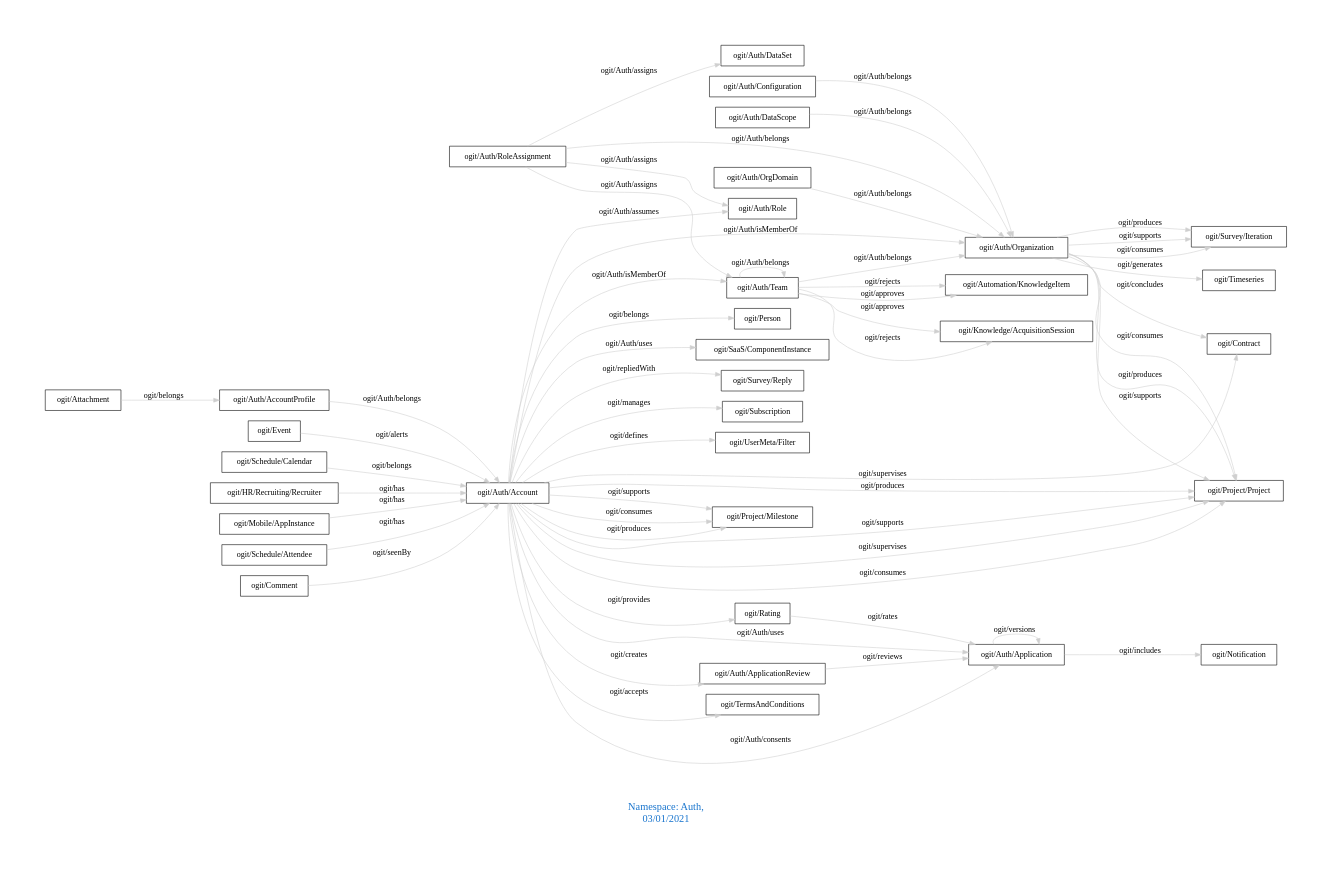
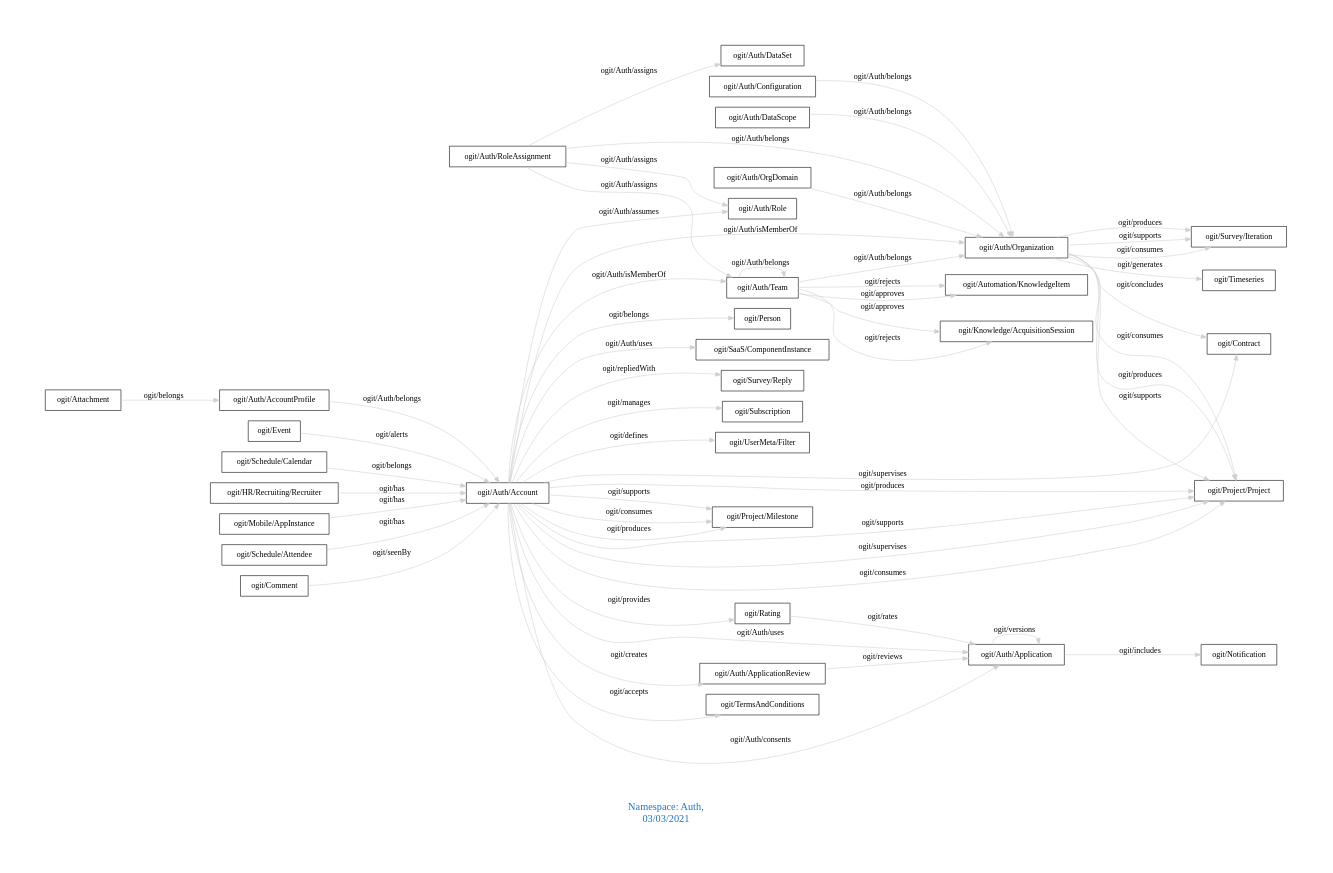
Before and after one commit to arago/OGIT: the diagram in downloads/Auth.dot, drawn with Graphviz. The commit also changed 1845 other files, not shown here.

```diff
--- a/downloads/Auth.dot
+++ b/downloads/Auth.dot
@@ -1,62 +1,62 @@
 digraph OGIT_ontology {
  graph [ rankdir= LR,pad=1 
 fontsize = 18,
-fontcolor= dodgerblue3,label = "\n\n\nNamespace: Auth, \n 03/01/2021"];
+fontcolor= dodgerblue3,label = "\n\n\nNamespace: Auth, \n 03/03/2021"];
 node[shape=polygon];
 edge [  color="gray81"];
 
    "ogit/Auth/Account" -> "ogit/Subscription" [label="   ogit/manages    "];
    "ogit/Auth/Account" -> "ogit/UserMeta/Filter" [label="   ogit/defines    "];
    "ogit/Auth/AccountProfile" -> "ogit/Auth/Account" [label="   ogit/Auth/belongs    "];
    "ogit/Auth/Configuration" -> "ogit/Auth/Organization" [label="   ogit/Auth/belongs    "];
    "ogit/Auth/DataScope" -> "ogit/Auth/Organization" [label="   ogit/Auth/belongs    "];
    "ogit/Auth/OrgDomain" -> "ogit/Auth/Organization" [label="   ogit/Auth/belongs    "];
    "ogit/Auth/RoleAssignment" -> "ogit/Auth/Organization" [label="   ogit/Auth/belongs    "];
    "ogit/Auth/Team" -> "ogit/Auth/Organization" [label="   ogit/Auth/belongs    "];
    "ogit/Auth/Organization" -> "ogit/Contract" [label="   ogit/concludes    "];
    "ogit/Auth/Team" -> "ogit/Knowledge/AcquisitionSession" [label="   ogit/rejects    "];
    "ogit/Auth/Team" -> "ogit/Automation/KnowledgeItem" [label="   ogit/rejects    "];
    "ogit/Auth/Account" -> "ogit/Project/Milestone" [label="   ogit/supports    "];
    "ogit/Auth/Account" -> "ogit/Project/Project" [label="   ogit/supports    "];
    "ogit/Auth/Organization" -> "ogit/Project/Project" [label="   ogit/supports    "];
    "ogit/Auth/Organization" -> "ogit/Survey/Iteration" [label="   ogit/supports    "];
    "ogit/Auth/Account" -> "ogit/Project/Project" [label="   ogit/supervises    "];
    "ogit/Auth/Account" -> "ogit/Contract" [label="   ogit/supervises    "];
    "ogit/Auth/Organization" -> "ogit/Timeseries" [label="   ogit/generates    "];
    "ogit/Auth/Account" -> "ogit/Project/Milestone" [label="   ogit/consumes    "];
    "ogit/Auth/Account" -> "ogit/Project/Project" [label="   ogit/consumes    "];
    "ogit/Auth/Organization" -> "ogit/Project/Project" [label="   ogit/consumes    "];
    "ogit/Auth/Organization" -> "ogit/Survey/Iteration" [label="   ogit/consumes    "];
    "ogit/Auth/Application" -> "ogit/Notification" [label="   ogit/includes    "];
    "ogit/Auth/Account" -> "ogit/Auth/Role" [label="   ogit/Auth/assumes    "];
    "ogit/Auth/Account" -> "ogit/TermsAndConditions" [label="   ogit/accepts    "];
    "ogit/Auth/Account" -> "ogit/Auth/ApplicationReview" [label="   ogit/creates    "];
    "ogit/Auth/Account" -> "ogit/Auth/Application" [label="   ogit/Auth/consents    "];
    "ogit/Auth/RoleAssignment" -> "ogit/Auth/Role" [label="   ogit/Auth/assigns    "];
    "ogit/Auth/RoleAssignment" -> "ogit/Auth/Team" [label="   ogit/Auth/assigns    "];
    "ogit/Auth/RoleAssignment" -> "ogit/Auth/DataSet" [label="   ogit/Auth/assigns    "];
    "ogit/Rating" -> "ogit/Auth/Application" [label="   ogit/rates    "];
    "ogit/Event" -> "ogit/Auth/Account" [label="   ogit/alerts    "];
    "ogit/Auth/ApplicationReview" -> "ogit/Auth/Application" [label="   ogit/reviews    "];
    "ogit/Auth/Account" -> "ogit/Rating" [label="   ogit/provides    "];
    "ogit/Auth/Account" -> "ogit/Project/Milestone" [label="   ogit/produces    "];
    "ogit/Auth/Account" -> "ogit/Project/Project" [label="   ogit/produces    "];
    "ogit/Auth/Organization" -> "ogit/Project/Project" [label="   ogit/produces    "];
    "ogit/Auth/Organization" -> "ogit/Survey/Iteration" [label="   ogit/produces    "];
    "ogit/Auth/Account" -> "ogit/Person" [label="   ogit/belongs    "];
    "ogit/Schedule/Calendar" -> "ogit/Auth/Account" [label="   ogit/belongs    "];
    "ogit/Attachment" -> "ogit/Auth/AccountProfile" [label="   ogit/belongs    "];
    "ogit/Auth/Account" -> "ogit/Auth/Organization" [label="   ogit/Auth/isMemberOf    "];
    "ogit/Auth/Account" -> "ogit/Auth/Team" [label="   ogit/Auth/isMemberOf    "];
    "ogit/Auth/Account" -> "ogit/Auth/Application" [label="   ogit/Auth/uses    "];
    "ogit/Auth/Account" -> "ogit/SaaS/ComponentInstance" [label="   ogit/Auth/uses    "];
    "ogit/Auth/Account" -> "ogit/Survey/Reply" [label="   ogit/repliedWith    "];
    "ogit/Auth/Team" -> "ogit/Knowledge/AcquisitionSession" [label="   ogit/approves    "];
    "ogit/Auth/Team" -> "ogit/Automation/KnowledgeItem" [label="   ogit/approves    "];
    "ogit/HR/Recruiting/Recruiter" -> "ogit/Auth/Account" [label="   ogit/has    "];
    "ogit/Mobile/AppInstance" -> "ogit/Auth/Account" [label="   ogit/has    "];
    "ogit/Schedule/Attendee" -> "ogit/Auth/Account" [label="   ogit/has    "];
    "ogit/Comment" -> "ogit/Auth/Account" [label="   ogit/seenBy    "];
    "ogit/Auth/Application" -> "ogit/Auth/Application" [label="   ogit/versions    "];
    "ogit/Auth/Team" -> "ogit/Auth/Team" [label="   ogit/Auth/belongs    "];
 }
```
